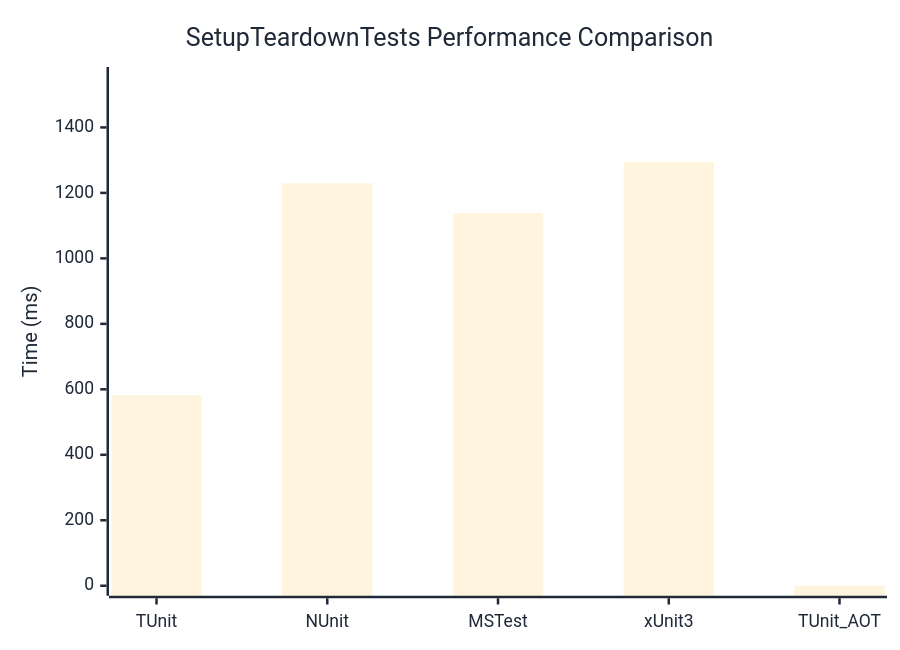
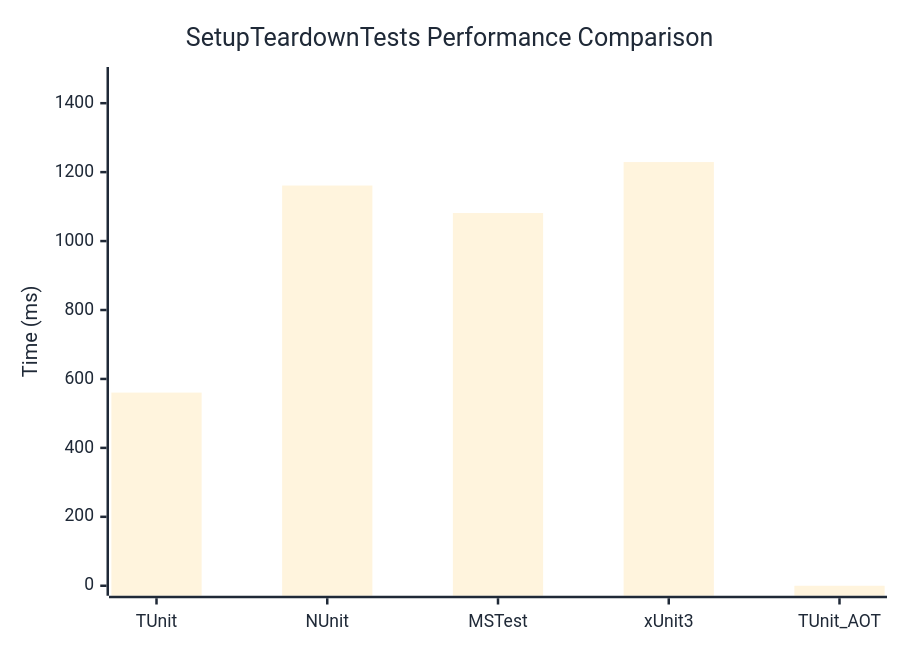
Before and after one commit to thomhurst/TUnit: the diagram in docs/docs/benchmarks/SetupTeardownTests.md, drawn with Mermaid. The commit also changed other lines of this file and 17 other files, not shown here.

````diff
--- a/docs/docs/benchmarks/SetupTeardownTests.md
+++ b/docs/docs/benchmarks/SetupTeardownTests.md
@@ -27,37 +27,37 @@
 ```mermaid
 %%{init: {
   'theme':'base',
   'themeVariables': {
     'primaryColor': '#2563eb',
     'primaryTextColor': '#1f2937',
     'primaryBorderColor': '#1e40af',
     'lineColor': '#6b7280',
     'secondaryColor': '#7c3aed',
     'tertiaryColor': '#dc2626',
     'background': '#ffffff',
     'mainBkg': '#2563eb',
     'secondBkg': '#7c3aed',
     'tertiaryBkg': '#dc2626',
     'clusterBkg': '#f3f4f6',
     'edgeLabelBackground': '#ffffff',
     'tertiaryTextColor': '#1f2937',
     'pie1': '#2563eb',
     'pie2': '#7c3aed',
     'pie3': '#dc2626',
     'pie4': '#f59e0b',
     'pie5': '#10b981',
     'pie6': '#06b6d4',
     'pie7': '#ec4899',
     'pie8': '#6366f1',
     'pie9': '#84cc16',
     'pie10': '#f97316',
     'pie11': '#14b8a6',
     'pie12': '#a855f7'
   }
 }}%%
 xychart-beta
   title "SetupTeardownTests Performance Comparison"
   x-axis ["TUnit", "NUnit", "MSTest", "xUnit3", "TUnit_AOT"]
-  y-axis "Time (ms)" 0 --> 1554
-  bar [581.8, 1229.6, 1138.2, 1294.5, 0]
+  y-axis "Time (ms)" 0 --> 1476
+  bar [560.4, 1161.1, 1081.3, 1229.2, 0]
 ```
````
